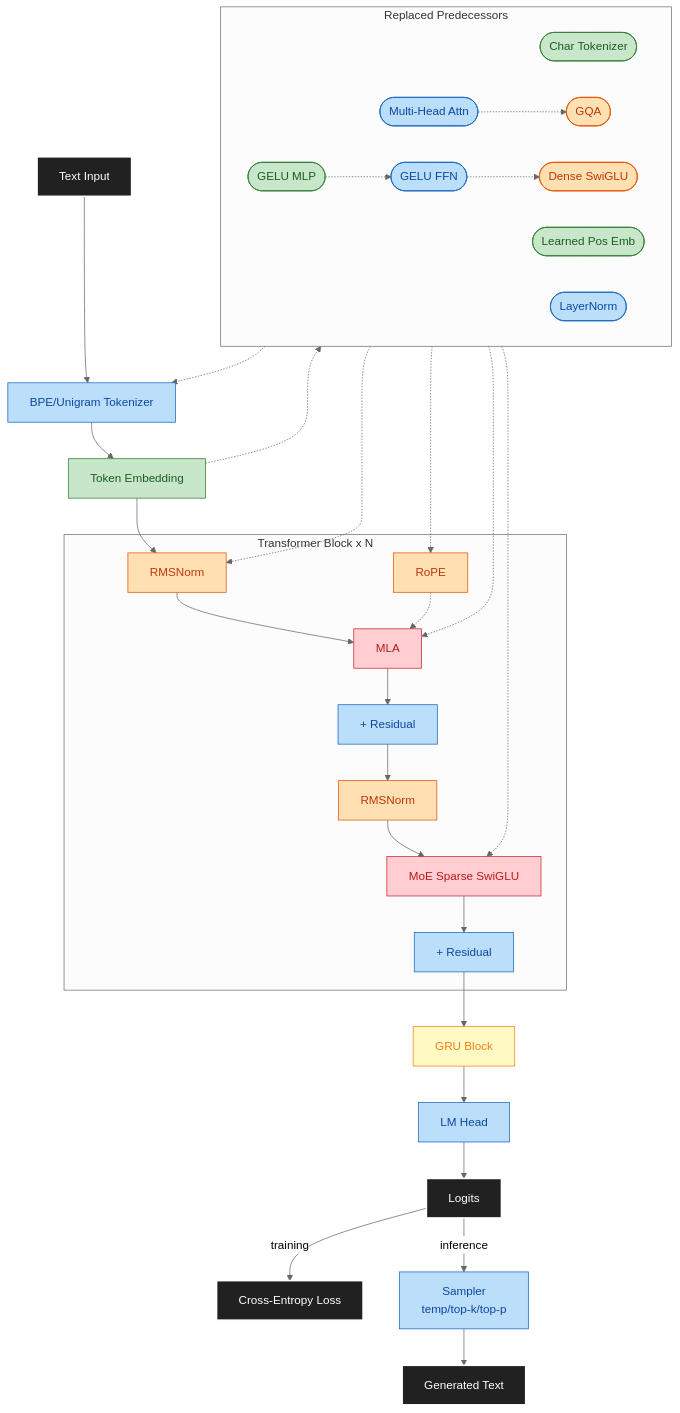
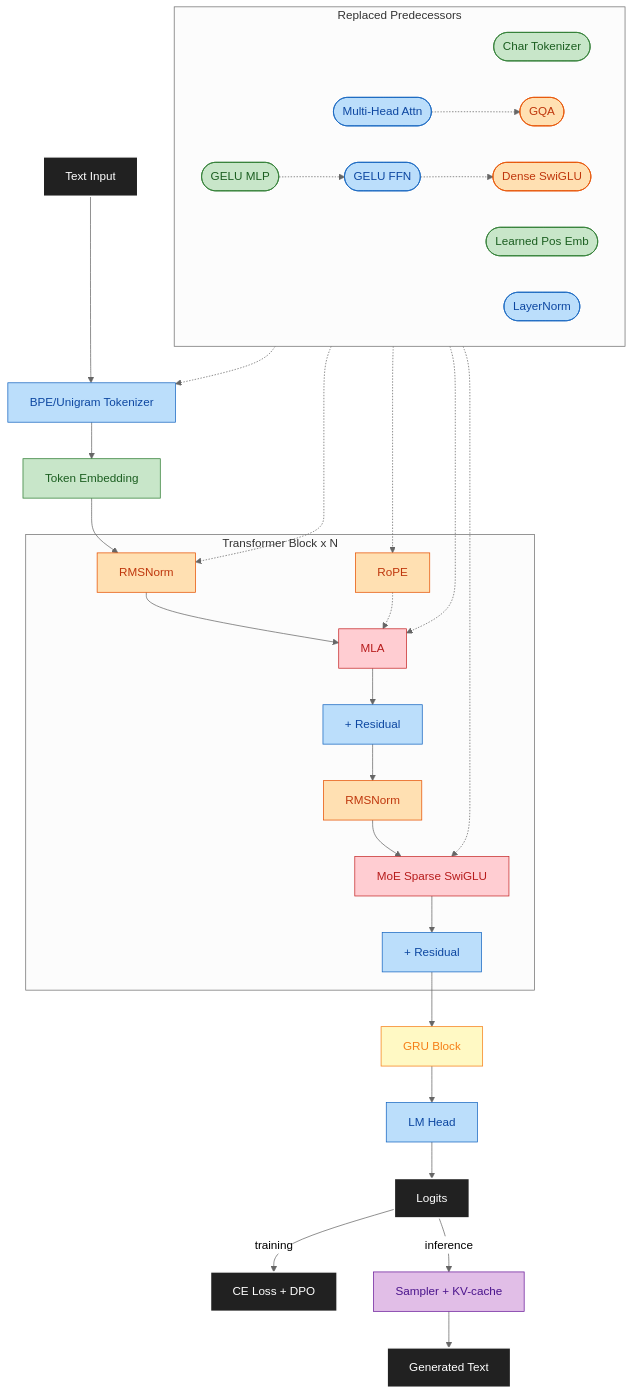
One commit to maxjbarfuss/max_llm changed the diagram in README.md. Above: the diagram before and after it, drawn with Mermaid (neutral theme). The commit also changed other lines of this file and 15 other files, not shown here.

First line of the commit message:
Phase 3: Full decoder stack + diagram sync

````diff
--- a/README.md
+++ b/README.md
@@ -49,43 +49,43 @@
 ```mermaid
 graph TD
     In[Text Input]:::io --> Tok[BPE/Unigram Tokenizer]:::p3 --> Emb[Token Embedding]:::p2 --> N1
 
     subgraph Block[Transformer Block x N]
         N1[RMSNorm]:::p4 --> ATT[MLA]:::p7 --> R1[+ Residual]:::p3
         RoPE[RoPE]:::p4 -.-> ATT
         R1 --> N2[RMSNorm]:::p4 --> MOE[MoE Sparse SwiGLU]:::p7 --> R2[+ Residual]:::p3
     end
 
     R2 --> GRU[GRU Block]:::p8 --> Head[LM Head]:::p3 --> Logits[Logits]:::io
-    Logits -->|training| Loss[Cross-Entropy Loss]:::io
-    Logits -->|inference| Samp[Sampler<br/>temp/top-k/top-p]:::p3 --> GenOut[Generated Text]:::io
+    Logits -->|training| Loss[CE Loss + DPO]:::io
+    Logits -->|inference| Samp[Sampler + KV-cache]:::p56 --> GenOut[Generated Text]:::io
 
     subgraph Replaced[Replaced Predecessors]
         direction LR
         CT([Char Tokenizer]):::p2
         LPE([Learned Pos Emb]):::p2
         LF([GELU MLP]):::p2
         LN([LayerNorm]):::p3
         MHA([Multi-Head Attn]):::p3
         GF([GELU FFN]):::p3
         GQA2([GQA]):::p4
         SW([Dense SwiGLU]):::p4
     end
 
     CT -.-> Tok
-    Emb -.-> LPE
     LPE -.-> RoPE
     LF -.-> GF
     LN -.-> N1
     MHA -.-> GQA2
     GF -.-> SW
     GQA2 -.-> ATT
     SW -.-> MOE
 
     classDef io fill:#212121,stroke:#FFFFFF,color:#FFFFFF,stroke-width:2px
     classDef p2 fill:#C8E6C9,stroke:#2E7D32,color:#1B5E20
     classDef p3 fill:#BBDEFB,stroke:#1565C0,color:#0D47A1
     classDef p4 fill:#FFE0B2,stroke:#E65100,color:#BF360C
+    classDef p56 fill:#E1BEE7,stroke:#6A1B9A,color:#4A148C
     classDef p7 fill:#FFCDD2,stroke:#C62828,color:#B71C1C
     classDef p8 fill:#FFF9C4,stroke:#F57F17,color:#F57F17
 ```
````
